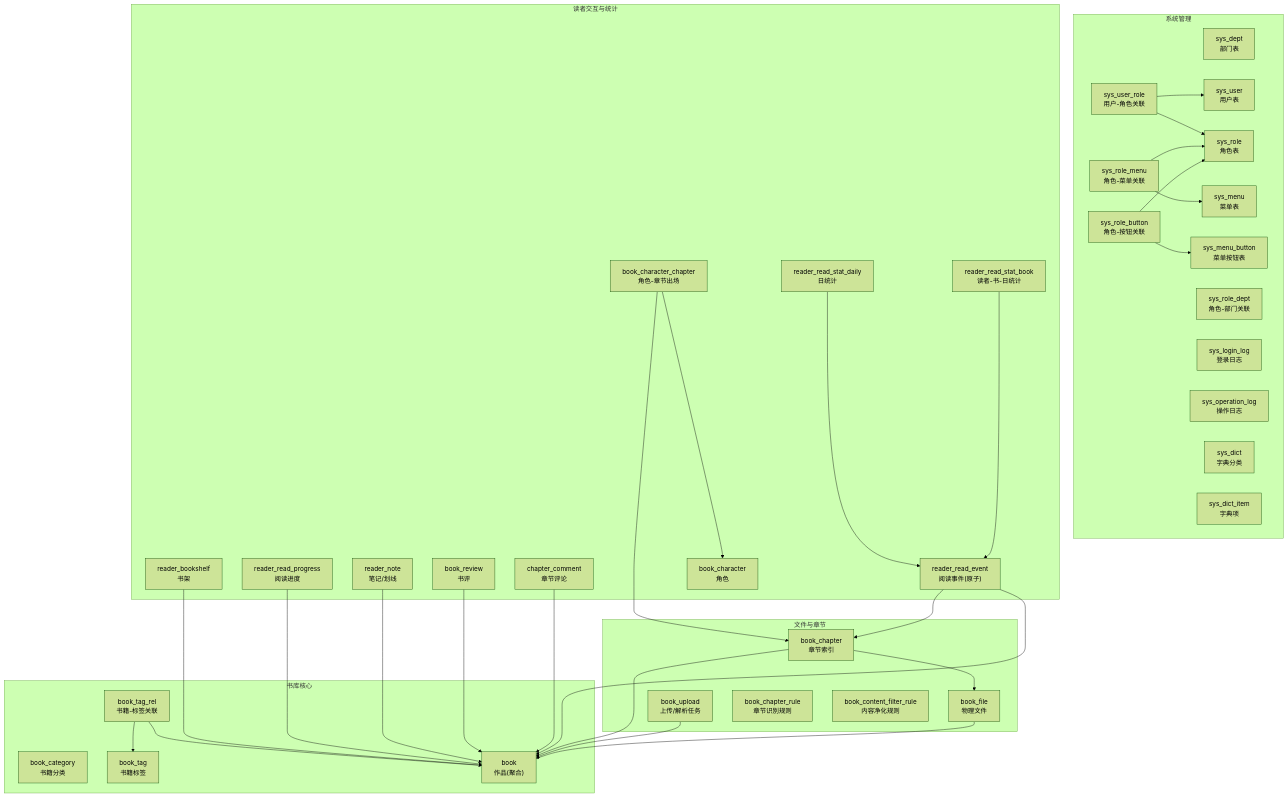
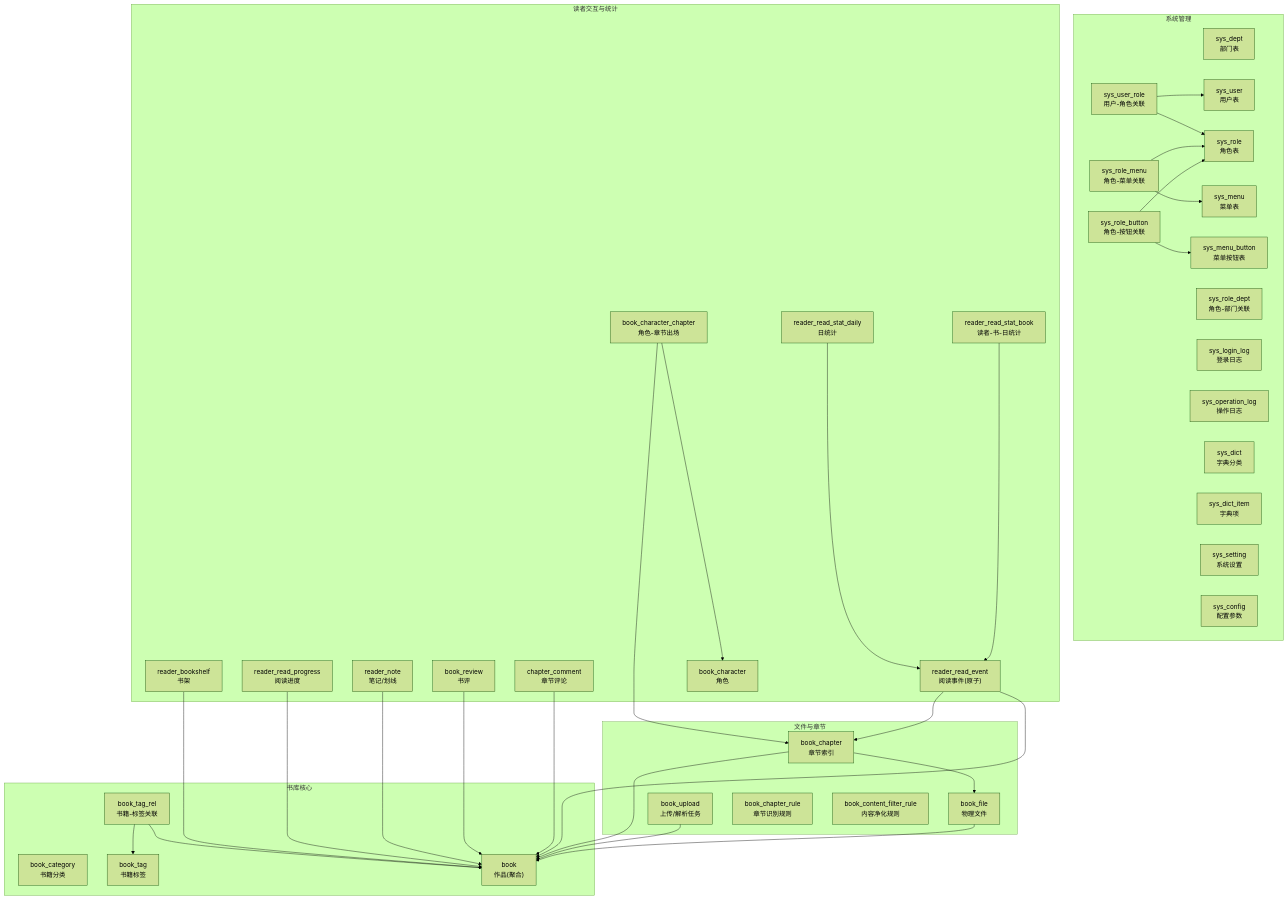
The first of 3 diagrams in .qoder/repowiki/zh/content/数据库设计/数据库表结构.md (knifezred/boread), drawn with Mermaid (forest theme) before and after one commit. The commit also changed other lines of this file and 16 other files, not shown here.

````diff
--- a/.qoder/repowiki/zh/content/数据库设计/数据库表结构.md
+++ b/.qoder/repowiki/zh/content/数据库设计/数据库表结构.md
@@ -45,66 +63,68 @@
 ```mermaid
 graph TB
 subgraph "系统管理"
 SYS_DEPT["sys_dept<br/>部门表"]
 SYS_ROLE["sys_role<br/>角色表"]
 SYS_ROLE_DEPT["sys_role_dept<br/>角色-部门关联"]
 SYS_USER["sys_user<br/>用户表"]
 SYS_USER_ROLE["sys_user_role<br/>用户-角色关联"]
 SYS_MENU["sys_menu<br/>菜单表"]
 SYS_MENU_BUTTON["sys_menu_button<br/>菜单按钮表"]
 SYS_ROLE_MENU["sys_role_menu<br/>角色-菜单关联"]
 SYS_ROLE_BUTTON["sys_role_button<br/>角色-按钮关联"]
 SYS_LOGIN_LOG["sys_login_log<br/>登录日志"]
 SYS_OPERATION_LOG["sys_operation_log<br/>操作日志"]
 SYS_DICT["sys_dict<br/>字典分类"]
 SYS_DICT_ITEM["sys_dict_item<br/>字典项"]
+SYS_SETTING["sys_setting<br/>系统设置"]
+SYS_CONFIG["sys_config<br/>配置参数"]
 end
 subgraph "书库核心"
 BOOK_CATEGORY["book_category<br/>书籍分类"]
 BOOK_TAG["book_tag<br/>书籍标签"]
 BOOK["book<br/>作品(聚合)"]
 BOOK_TAG_REL["book_tag_rel<br/>书籍-标签关联"]
 end
 subgraph "文件与章节"
 BOOK_FILE["book_file<br/>物理文件"]
 BOOK_CHAPTER["book_chapter<br/>章节索引"]
 BOOK_UPLOAD["book_upload<br/>上传/解析任务"]
 BOOK_CHAPTER_RULE["book_chapter_rule<br/>章节识别规则"]
 BOOK_CONTENT_FILTER_RULE["book_content_filter_rule<br/>内容净化规则"]
 end
 subgraph "读者交互与统计"
 READER_BOOKSHELF["reader_bookshelf<br/>书架"]
 READER_READ_PROGRESS["reader_read_progress<br/>阅读进度"]
 READER_NOTE["reader_note<br/>笔记/划线"]
 BOOK_REVIEW["book_review<br/>书评"]
 CHAPTER_COMMENT["chapter_comment<br/>章节评论"]
 BOOK_CHARACTER["book_character<br/>角色"]
 BOOK_CHARACTER_CHAPTER["book_character_chapter<br/>角色-章节出场"]
 READER_READ_EVENT["reader_read_event<br/>阅读事件(原子)"]
 READER_READ_STAT_DAILY["reader_read_stat_daily<br/>日统计"]
 READER_READ_STAT_BOOK["reader_read_stat_book<br/>读者-书-日统计"]
 end
 SYS_USER_ROLE --> SYS_USER
 SYS_USER_ROLE --> SYS_ROLE
 SYS_ROLE_MENU --> SYS_ROLE
 SYS_ROLE_MENU --> SYS_MENU
 SYS_ROLE_BUTTON --> SYS_ROLE
 SYS_ROLE_BUTTON --> SYS_MENU_BUTTON
 BOOK_TAG_REL --> BOOK
 BOOK_TAG_REL --> BOOK_TAG
 BOOK_FILE --> BOOK
 BOOK_CHAPTER --> BOOK_FILE
 BOOK_CHAPTER --> BOOK
 BOOK_UPLOAD --> BOOK
 READER_BOOKSHELF --> BOOK
 READER_READ_PROGRESS --> BOOK
 READER_NOTE --> BOOK
 BOOK_REVIEW --> BOOK
 CHAPTER_COMMENT --> BOOK
 BOOK_CHARACTER_CHAPTER --> BOOK_CHARACTER
 BOOK_CHARACTER_CHAPTER --> BOOK_CHAPTER
 READER_READ_EVENT --> BOOK
 READER_READ_EVENT --> BOOK_CHAPTER
 READER_READ_STAT_DAILY --> READER_READ_EVENT
 READER_READ_STAT_BOOK --> READER_READ_EVENT
 ```
````
